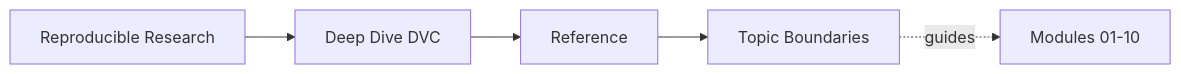
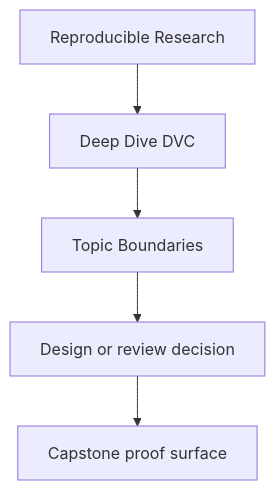
Before and after one commit to bijux/bijux-masterclass: the first of 2 diagrams in programs/reproducible-research/deep-dive-dvc/course-book/reference/topic-boundaries.md, drawn with Mermaid. The commit also changed other lines of this file and 31 other files, not shown here.

Commit message:
docs(deep-dive-dvc): sharpen guide and reference diagrams

````diff
--- a/programs/reproducible-research/deep-dive-dvc/course-book/reference/topic-boundaries.md
+++ b/programs/reproducible-research/deep-dive-dvc/course-book/reference/topic-boundaries.md
@@ -9,11 +9,7 @@
 ```mermaid
-graph LR
-  family["Reproducible Research"]
-  program["Deep Dive DVC"]
-  section["Reference"]
-  page["Topic Boundaries"]
-  modules["Modules 01-10"]
-
-  family --> program --> section --> page
-  page -.guides.-> modules
+flowchart TD
+  family["Reproducible Research"] --> program["Deep Dive DVC"]
+  program --> reference["Topic Boundaries"]
+  reference --> review["Design or review decision"]
+  review --> capstone["Capstone proof surface"]
 ```
````
